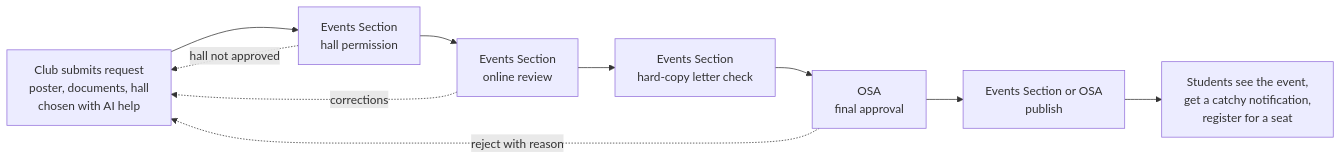
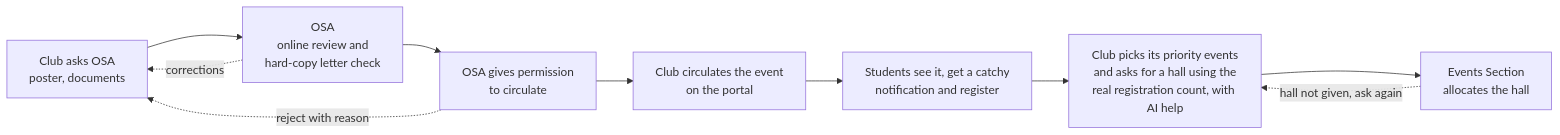
The first of 4 diagrams in README.md (shreesanth-78/genesis-campus-e-governance), drawn with Mermaid before and after one commit. The commit also changed other lines of this file and 41 other files, not shown here.

First line of the commit message:
feat: OSA permission first, club circulates, hall requested from registrations, student club applications

````diff
--- a/README.md
+++ b/README.md
@@ -30,12 +31,12 @@
 ```mermaid
 flowchart LR
-    A[Club submits request<br/>poster, documents, hall<br/>chosen with AI help] --> H[Events Section<br/>hall permission]
-    H --> B[Events Section<br/>online review]
-    B --> C[Events Section<br/>hard-copy letter check]
-    C --> D[OSA<br/>final approval]
-    D --> E[Events Section or OSA<br/>publish]
-    E --> F[Students see the event,<br/>get a catchy notification,<br/>register for a seat]
-    H -. hall not approved .-> A
+    A[Club asks OSA<br/>poster, documents] --> B[OSA<br/>online review and<br/>hard-copy letter check]
+    B --> D[OSA gives permission<br/>to circulate]
+    D --> E[Club circulates the event<br/>on the portal]
+    E --> F[Students see it, get a catchy<br/>notification and register]
+    F --> G[Club picks its priority events<br/>and asks for a hall using the<br/>real registration count, with AI help]
+    G --> H[Events Section<br/>allocates the hall]
     B -. corrections .-> A
     D -. reject with reason .-> A
+    H -. hall not given, ask again .-> G
 ```
````
